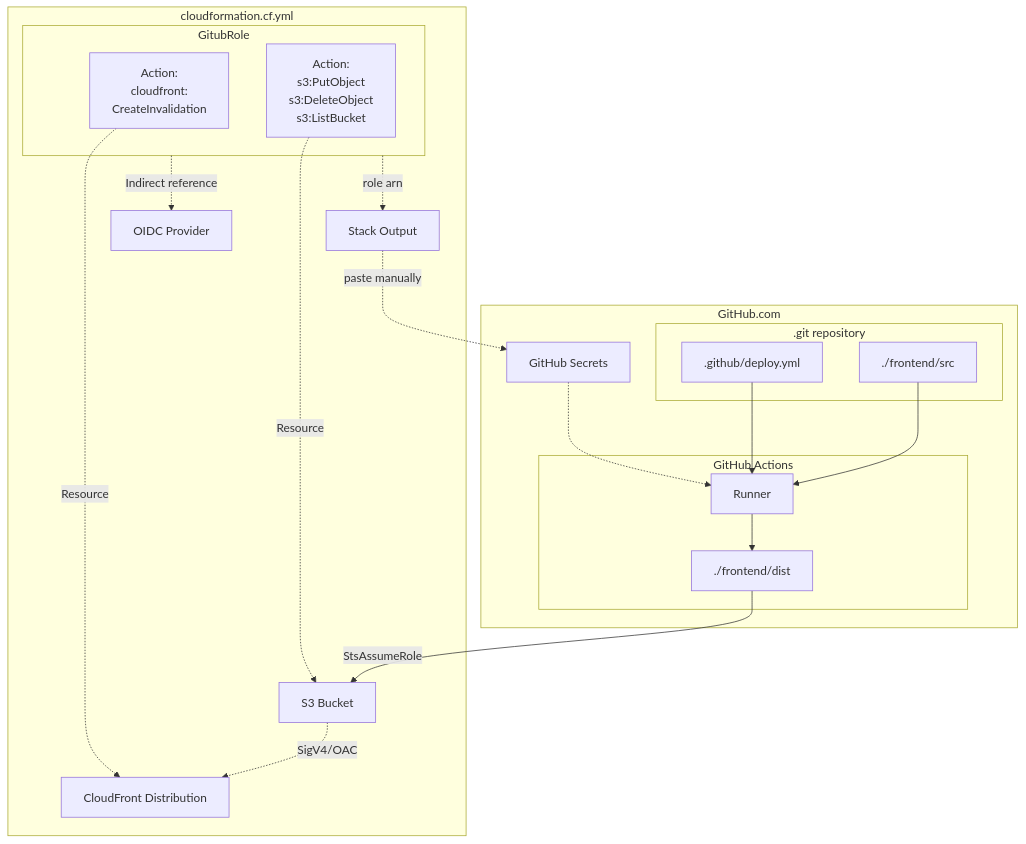
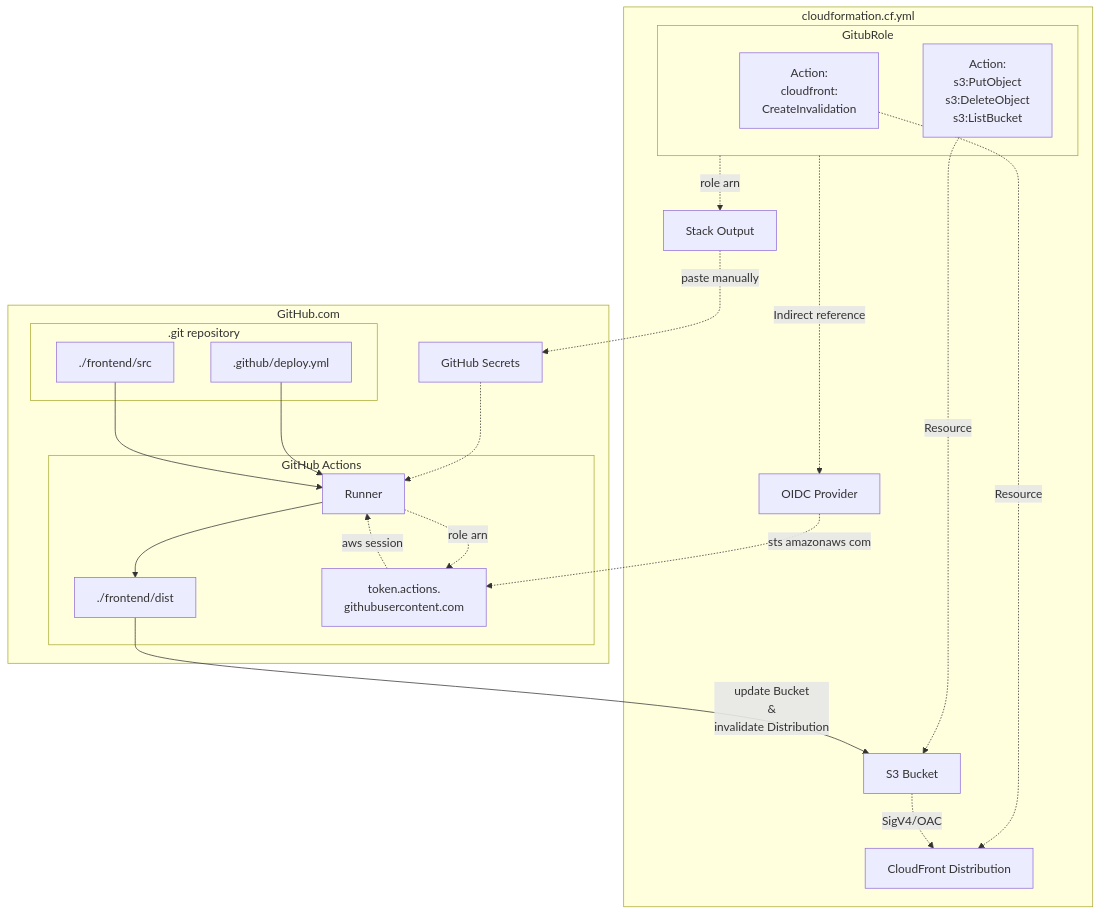
One commit to Codingschule/aws-astro-headless-cms-deployment changed the first of 2 diagrams in README.md. Above: the diagram before and after it, drawn with Mermaid.

Commit message:
readme OIDC mermaid ein Meisterwerk

````diff
--- a/README.md
+++ b/README.md
@@ -107,47 +107,52 @@
 ```mermaid
 flowchart TD
     %% =====================
     subgraph GitHub.com
         SEC[GitHub Secrets]
         subgraph REP[.git repository]
           SRC[./frontend/src]
           WF[.github/deploy.yml]
         end
 
         subgraph GitHub Actions
           Dist[./frontend/dist]
           RUN[Runner]
+    STS[token.actions.<br />githubusercontent.com]
         end
 
     end
 
     %% =====================
     subgraph AWS[cloudformation.cf.yml]
       OUT[Stack Output]
       %% *********************
       OIDC[OIDC Provider]
       subgraph ROL[GitubRole]
         Inv[Action:<br />cloudfront:<br />CreateInvalidation]
         Wri[Action:<br />s3:PutObject<br />s3:DeleteObject<br />s3:ListBucket]
       end
       
       CF[CloudFront Distribution]
       S3[S3 Bucket]
     end
     %% =====================
 
+OIDC-.sts amazonaws com.->STS
+
         ROL -.role arn.-> OUT
         SEC -.-> RUN
         WF --> RUN
         SRC --> RUN
         
         OUT -.paste manually.-> SEC
 
         ROL -.Indirect reference.-> OIDC
           Wri -.Resource.-> S3
           Inv -.Resource.-> CF
 
         RUN --> Dist
-        Dist --StsAssumeRole--> S3
+        Dist --update Bucket<br />&<br />invalidate Distribution--> S3
         S3 -.->|SigV4/OAC| CF
+        RUN -.role arn.-> STS
+        STS -.aws session.-> RUN
 ```
````
